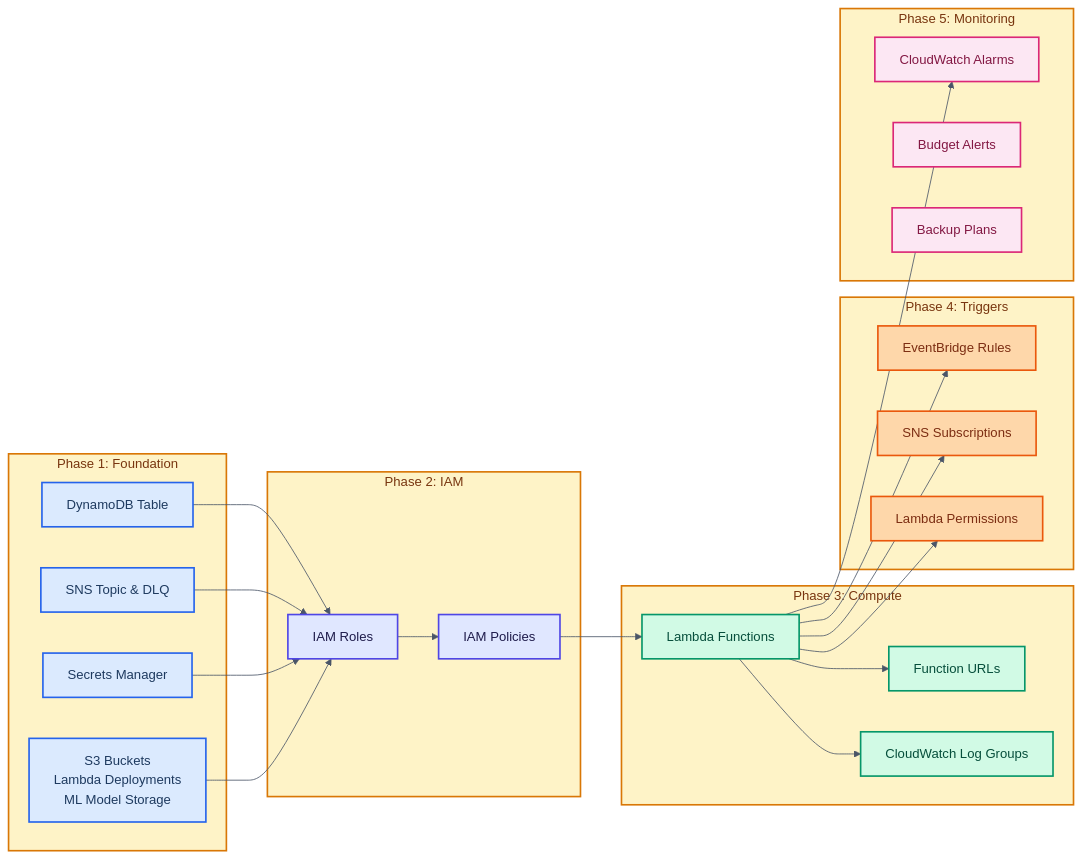
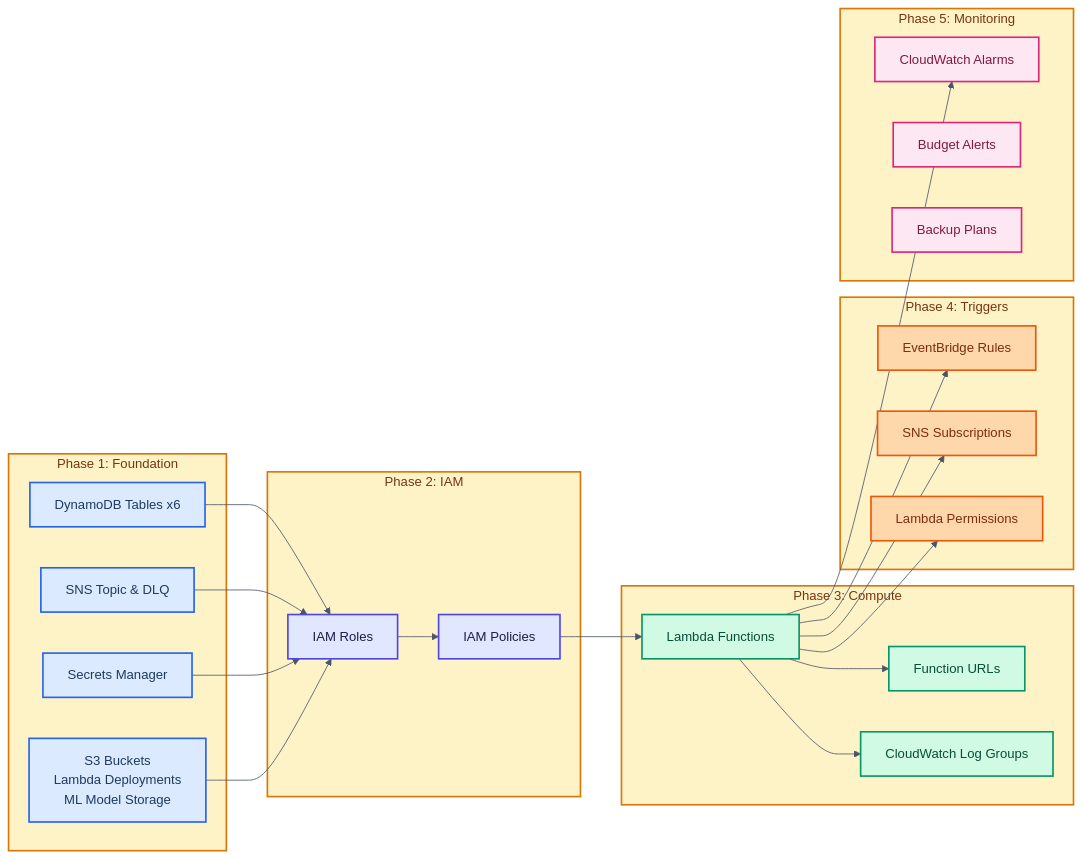
One commit to traylorre/sentiment-analyzer-gsk changed the second of 9 diagrams in docs/deployment/TERRAFORM_DEPLOYMENT_FLOW.md. Above: the diagram before and after it, drawn with Mermaid. The commit also changed other lines of this file and 96 other files, not shown here.

````diff
--- a/docs/deployment/TERRAFORM_DEPLOYMENT_FLOW.md
+++ b/docs/deployment/TERRAFORM_DEPLOYMENT_FLOW.md
@@ -60,60 +58,60 @@
 ```mermaid
 %%{init: {'theme': 'base', 'themeVariables': {'primaryColor': '#e8f4fd', 'primaryTextColor': '#1a365d', 'primaryBorderColor': '#3182ce', 'lineColor': '#4a5568'}}}%%
 flowchart LR
     subgraph Phase1["Phase 1: Foundation"]
         A[S3 Buckets<br/>Lambda Deployments<br/>ML Model Storage]
         B[Secrets Manager]
         C[SNS Topic & DLQ]
-        D[DynamoDB Table]
+        D[DynamoDB Tables x6]
     end
 
     subgraph Phase2["Phase 2: IAM"]
         E[IAM Roles]
         F[IAM Policies]
     end
 
     subgraph Phase3["Phase 3: Compute"]
         G[Lambda Functions]
         H[Function URLs]
         I[CloudWatch Log Groups]
     end
 
     subgraph Phase4["Phase 4: Triggers"]
         J[EventBridge Rules]
         K[SNS Subscriptions]
         L[Lambda Permissions]
     end
 
     subgraph Phase5["Phase 5: Monitoring"]
         M[CloudWatch Alarms]
         N[Budget Alerts]
         O[Backup Plans]
     end
 
     A --> E
     B --> E
     C --> E
     D --> E
     E --> F
     F --> G
     G --> H
     G --> I
     G --> J
     G --> K
     G --> L
     G --> M
 
     classDef stageBox fill:#fef3c7,stroke:#d97706,stroke-width:2px,color:#78350f
     classDef phase1Node fill:#dbeafe,stroke:#2563eb,stroke-width:2px,color:#1e3a5f
     classDef phase2Node fill:#e0e7ff,stroke:#4f46e5,stroke-width:2px,color:#1e1b4b
     classDef phase3Node fill:#d1fae5,stroke:#059669,stroke-width:2px,color:#064e3b
     classDef phase4Node fill:#fed7aa,stroke:#ea580c,stroke-width:2px,color:#7c2d12
     classDef phase5Node fill:#fce7f3,stroke:#db2777,stroke-width:2px,color:#831843
 
     class Phase1,Phase2,Phase3,Phase4,Phase5 stageBox
     class A,B,C,D phase1Node
     class E,F phase2Node
     class G,H,I phase3Node
     class J,K,L phase4Node
     class M,N,O phase5Node
 ```
````
